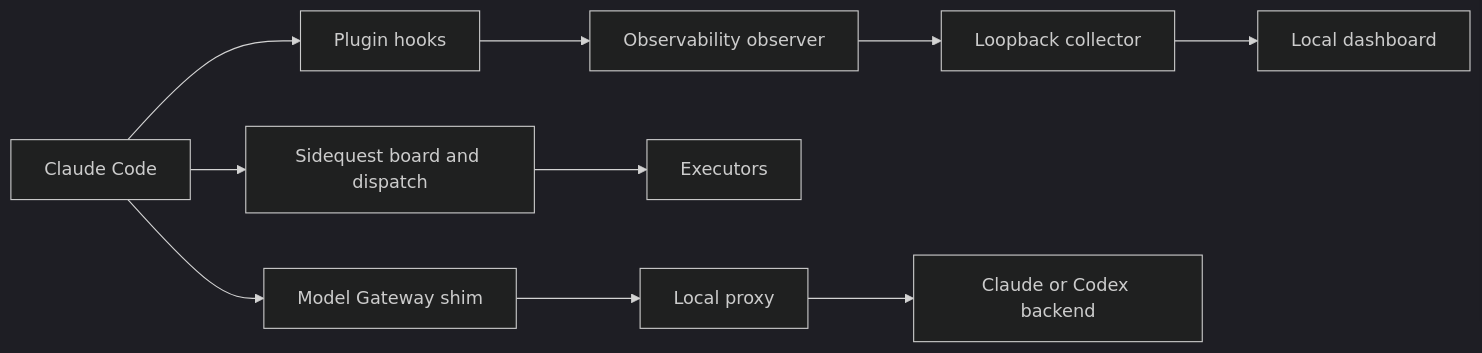
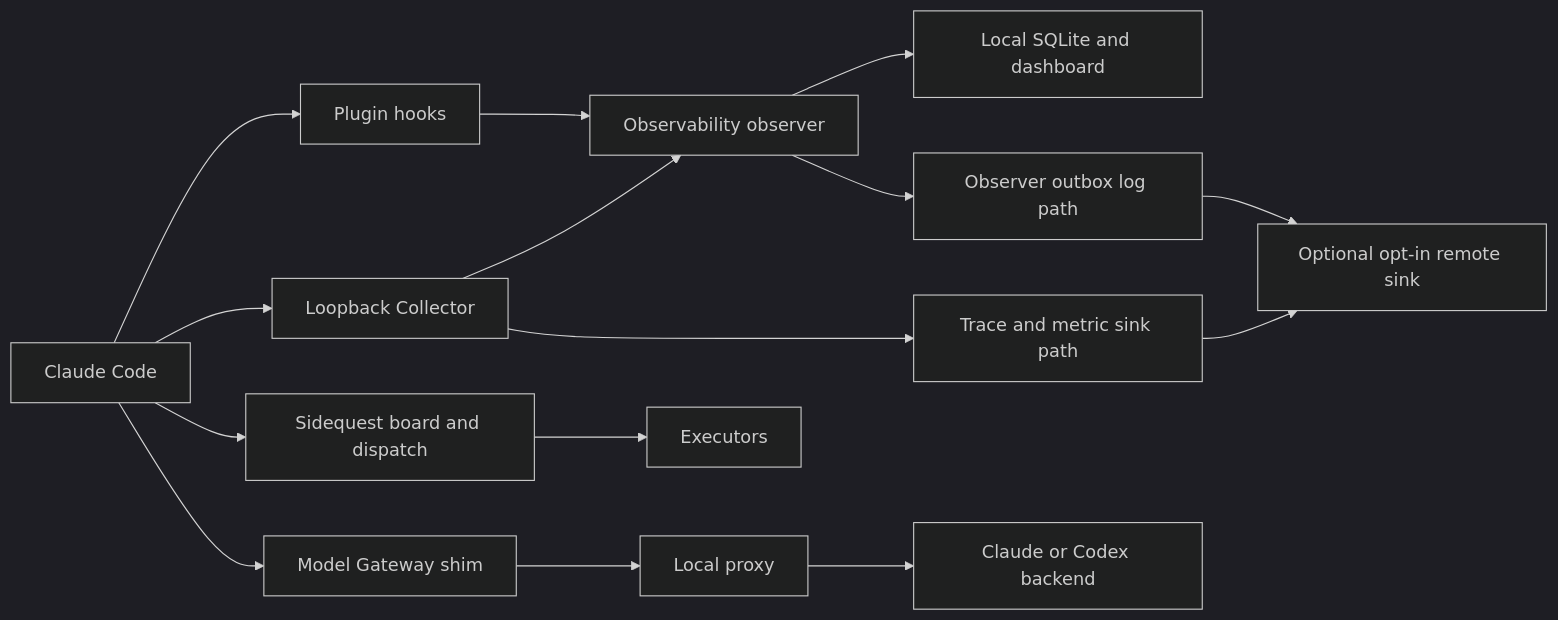
Before and after one commit to Eigenwise/eigenwise-toolshed: the diagram in docs/src/content/docs/architecture.md, drawn with Mermaid (dark theme). The commit also changed other lines of this file and 18 other files, not shown here.

````diff
--- a/docs/src/content/docs/architecture.md
+++ b/docs/src/content/docs/architecture.md
@@ -10,12 +10,17 @@
 ```mermaid
 flowchart LR
   CC[Claude Code] --> H[Plugin hooks]
   H --> O[Observability observer]
-  O --> C[Loopback collector]
-  C --> D[Local dashboard]
+  CC --> C[Loopback Collector]
+  C --> O
+  O --> D[Local SQLite and dashboard]
+  O --> L[Observer outbox log path]
+  C --> T[Trace and metric sink path]
+  L --> R[Optional opt-in remote sink]
+  T --> R
   CC --> S[Sidequest board and dispatch]
   S --> E[Executors]
   CC --> W[Model Gateway shim]
   W --> P[Local proxy]
   P --> API[Claude or Codex backend]
 ```
````
